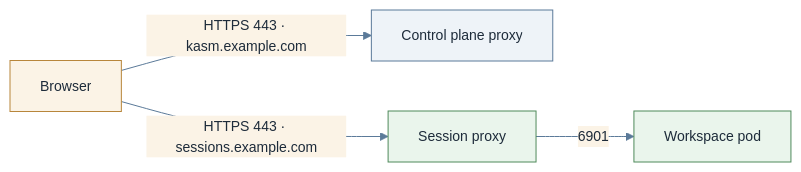
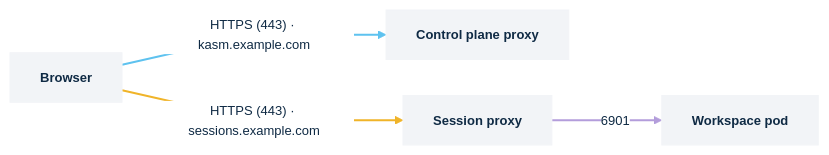
Before and after one commit to kasmtech/kasm-helm: the diagram in docs/how-to/networking/direct-connect.md, drawn with Mermaid. The commit also changed other lines of this file and 35 other files, not shown here.

First line of the commit message:
Kasm diagram theme, and the operator and agent fixes verified against the dev builds

````diff
--- a/docs/how-to/networking/direct-connect.md
+++ b/docs/how-to/networking/direct-connect.md
@@ -26,11 +22,15 @@
 ```mermaid
-%%{init: {"theme":"base","themeVariables":{"primaryColor":"#eef3f8","primaryBorderColor":"#5b7a99","primaryTextColor":"#1d2b3a","secondaryColor":"#fbf3e6","secondaryBorderColor":"#b8863b","tertiaryColor":"#eaf5ec","tertiaryBorderColor":"#4f8a5b","lineColor":"#5b7a99","fontFamily":"Inter, Helvetica, Arial, sans-serif","fontSize":"14px"},"flowchart":{"curve":"basis","htmlLabels":true}}}%%
+%%{init: {"theme":"base","themeVariables":{"background":"#ffffff","primaryColor":"#f2f4f7","primaryBorderColor":"#f2f4f7","primaryTextColor":"#0f2a44","lineColor":"#0f2a44","clusterBkg":"#ffffff","clusterBorder":"#4a4a4a","edgeLabelBackground":"#ffffff","fontFamily":"Montserrat, Helvetica, Arial, sans-serif","fontSize":"13px"},"flowchart":{"curve":"linear","htmlLabels":true,"nodeSpacing":36,"rankSpacing":64}}}%%
 flowchart LR
-  browser["Browser"] -->|"HTTPS 443 · kasm.example.com"| cp["Control plane proxy"]
-  browser -->|"HTTPS 443 · sessions.example.com"| sp["Session proxy"]
-  sp -->|"6901"| ws["Workspace pod"]
-  classDef agent fill:#eaf5ec,stroke:#4f8a5b
-  classDef ext fill:#fbf3e6,stroke:#b8863b
-  class sp,ws agent
-  class browser ext
+  browser["Browser"]:::card
+  cp["Control plane proxy"]:::card
+  sp["Session proxy"]:::card
+  ws["Workspace pod"]:::card
+  browser -->|"HTTPS (443) · kasm.example.com"| cp
+  browser -->|"HTTPS (443) · sessions.example.com"| sp
+  sp -->|"6901"| ws
+  classDef card fill:#f2f4f7,stroke:#f2f4f7,color:#0f2a44,font-weight:600
+  linkStyle 0 stroke:#5ec2ef,stroke-width:2px
+  linkStyle 1 stroke:#f0b429,stroke-width:2px
+  linkStyle 2 stroke:#b39ddb,stroke-width:2px
 ```
````
